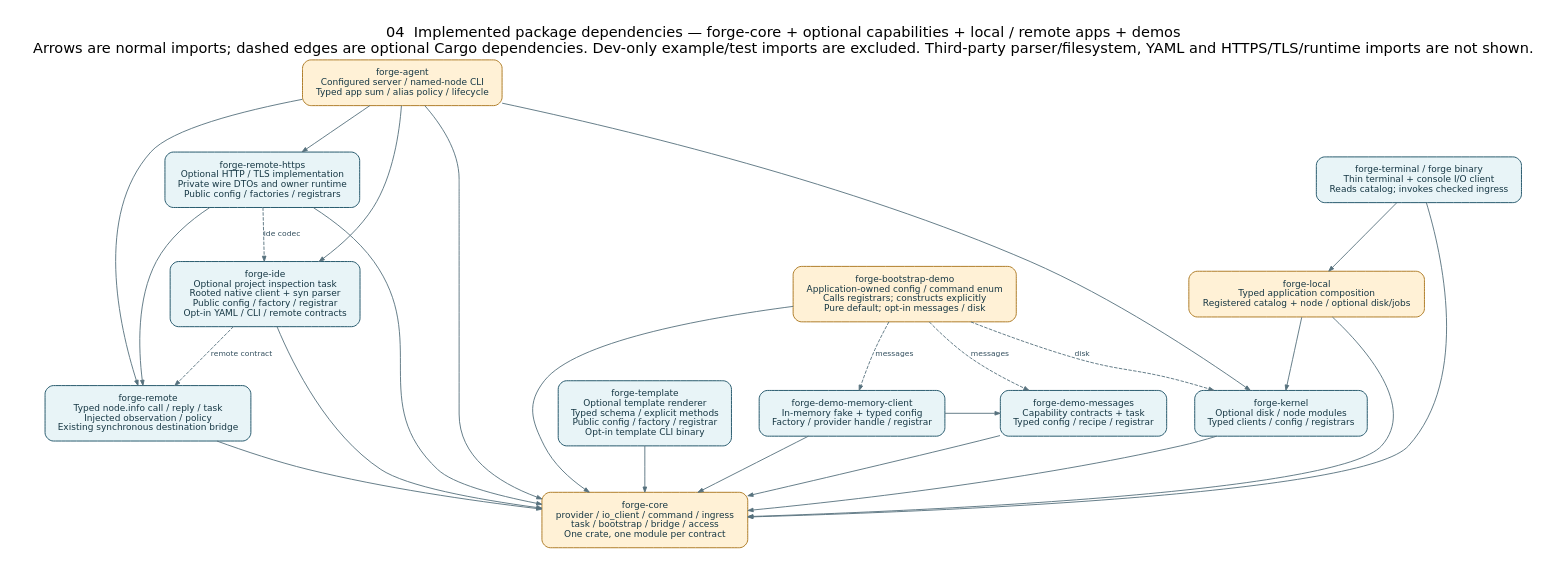
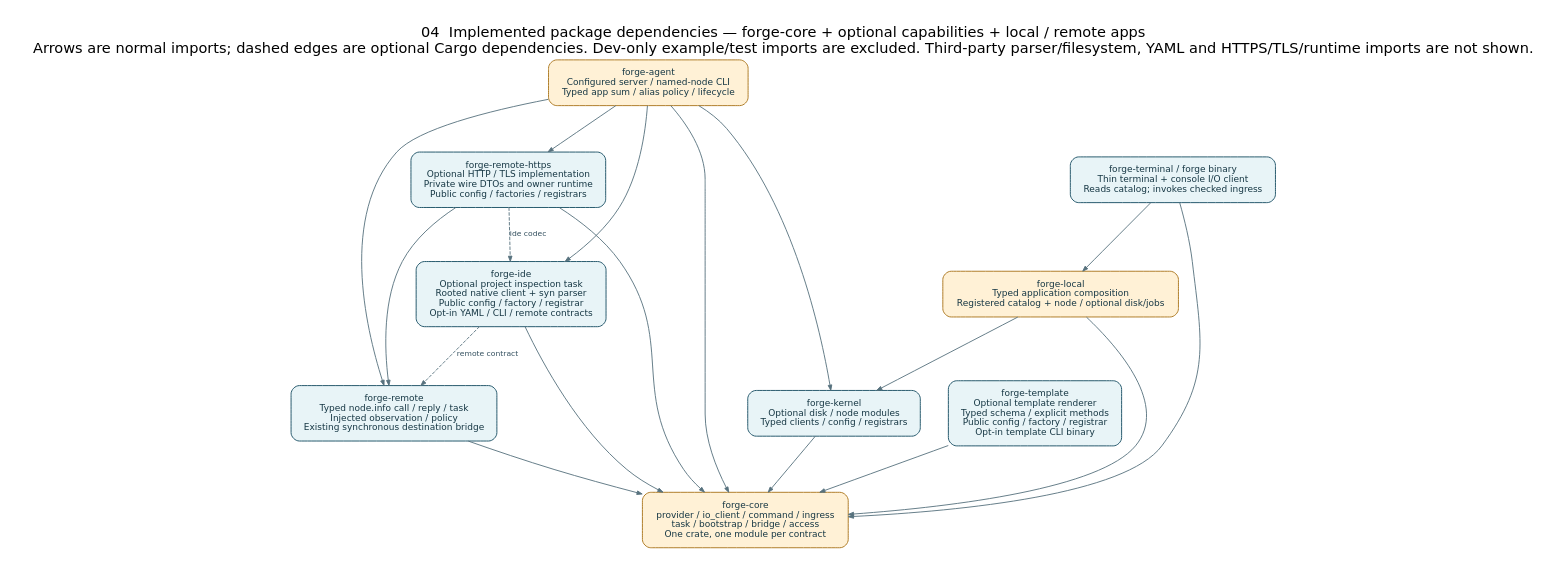
Before and after one commit to roachmaster/homelab: the diagram in docs/architecture/diagrams/04-package-dependencies.dot, drawn with Graphviz. The commit also changed 61 other files, not shown here.

```diff
--- a/docs/architecture/diagrams/04-package-dependencies.dot
+++ b/docs/architecture/diagrams/04-package-dependencies.dot
@@ -1,34 +1,25 @@
 digraph Packages {
 graph [fontname="DejaVu Sans", fontsize=21, labelloc=t, labeljust=l, pad=0.35, nodesep=0.55, ranksep=0.9, bgcolor="white"];
 node [shape=box, style="rounded,filled", fontname="DejaVu Sans", fontsize=13, margin="0.22,0.16", color="#24576b", fillcolor="#e8f4f7", fontcolor="#163744", penwidth=1.4];
 edge [fontname="DejaVu Sans", fontsize=11, color="#56717d", fontcolor="#34505f", penwidth=1.3, arrowsize=0.75];
-rankdir=TB; label="04  Implemented package dependencies — forge-core + optional capabilities + local / remote apps + demos\nArrows are normal imports; dashed edges are optional Cargo dependencies. Dev-only example/test imports are excluded. Third-party parser/filesystem, YAML and HTTPS/TLS/runtime imports are not shown.";
+rankdir=TB; label="04  Implemented package dependencies — forge-core + optional capabilities + local / remote apps\nArrows are normal imports; dashed edges are optional Cargo dependencies. Dev-only example/test imports are excluded. Third-party parser/filesystem, YAML and HTTPS/TLS/runtime imports are not shown.";
 agent [label="forge-agent\nConfigured server / named-node CLI\nTyped app sum / alias policy / lifecycle", fillcolor="#fff1d6", color="#ae7b26"];
 remote [label="forge-remote\nTyped node.info call / reply / task\nInjected observation / policy\nExisting synchronous destination bridge"];
 https [label="forge-remote-https\nOptional HTTP / TLS implementation\nPrivate wire DTOs and owner runtime\nPublic config / factories / registrars"];
 ide [label="forge-ide\nOptional project inspection task\nRooted native client + syn parser\nPublic config / factory / registrar\nOpt-in YAML / CLI / remote contracts"];
 renderer [label="forge-template\nOptional template renderer\nTyped schema / explicit methods\nPublic config / factory / registrar\nOpt-in template CLI binary"];
-app [label="forge-bootstrap-demo\nApplication-owned config / command enum\nCalls registrars; constructs explicitly\nPure default; opt-in messages / disk", fillcolor="#fff1d6", color="#ae7b26"];
 kernel [label="forge-kernel\nOptional disk / node modules\nTyped clients / config / registrars"];
 local [label="forge-local\nTyped application composition\nRegistered catalog + node / optional disk/jobs", fillcolor="#fff1d6", color="#ae7b26"];
 terminal [label="forge-terminal / forge binary\nThin terminal + console I/O client\nReads catalog; invokes checked ingress"];
-feature [label="forge-demo-messages\nCapability contracts + task\nTyped config / recipe / registrar"];
-impl [label="forge-demo-memory-client\nIn-memory fake + typed config\nFactory / provider handle / registrar"];
 core [label="forge-core\nprovider / io_client / command / ingress\ntask / bootstrap / bridge / access\nOne crate, one module per contract", fillcolor="#fff1d6", color="#ae7b26"];
 agent -> {https ide remote kernel core};
 remote -> core;
 https -> {remote core};
 https -> ide [style=dashed, label="ide codec"];
-app -> core;
-app -> {impl feature} [style=dashed, label="messages"];
-app -> kernel [style=dashed, label="disk"];
 kernel -> core;
 local -> {core kernel};
 terminal -> {local core};
-feature -> core;
-impl -> {feature core};
 ide -> core;
 ide -> remote [style=dashed, label="remote contract"];
 renderer -> core;
-{rank=same; impl; feature; kernel;}
 }
```
